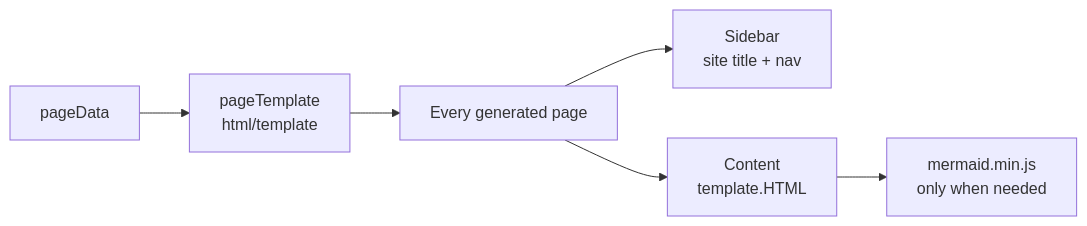
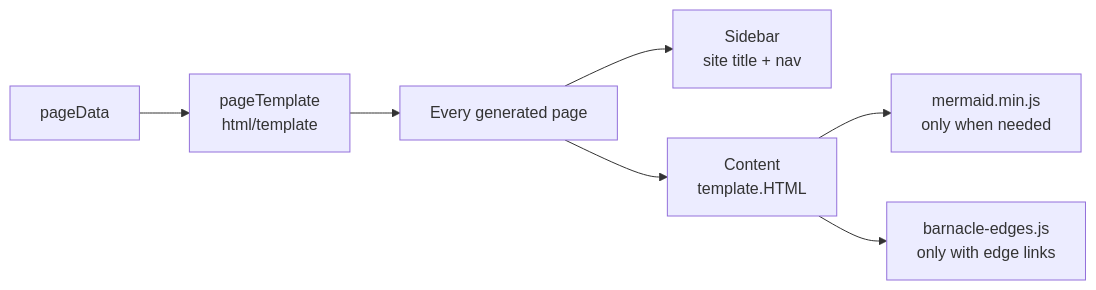
One commit to fordaj/barnacle changed the diagram in internal/barnacle/template.go.md. Above: the diagram before and after it, drawn with Mermaid. The commit also changed other lines of this file and 13 other files, not shown here.

First line of the commit message:
Add clickable Mermaid edges via %% barnacle: links

````diff
--- a/internal/barnacle/template.go.md
+++ b/internal/barnacle/template.go.md
@@ -3,11 +3,12 @@
 ```mermaid
 flowchart LR
     Data[pageData] --> Shell[pageTemplate<br/>html/template]
     Shell --> Page[Every generated page]
     Page --> Aside[Sidebar<br/>site title + nav]
     Page --> Main[Content<br/>template.HTML]
     Main --> Mermaid[mermaid.min.js<br/>only when needed]
+    Main --> Edges[barnacle-edges.js<br/>only with edge links]
     click Data href "#pagedata"
     click Main href "render.go.md"
     click Aside href "nav.go.md"
 ```
````
